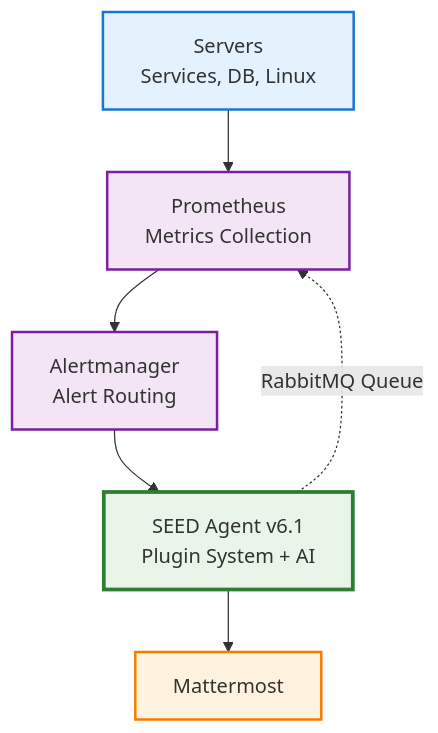
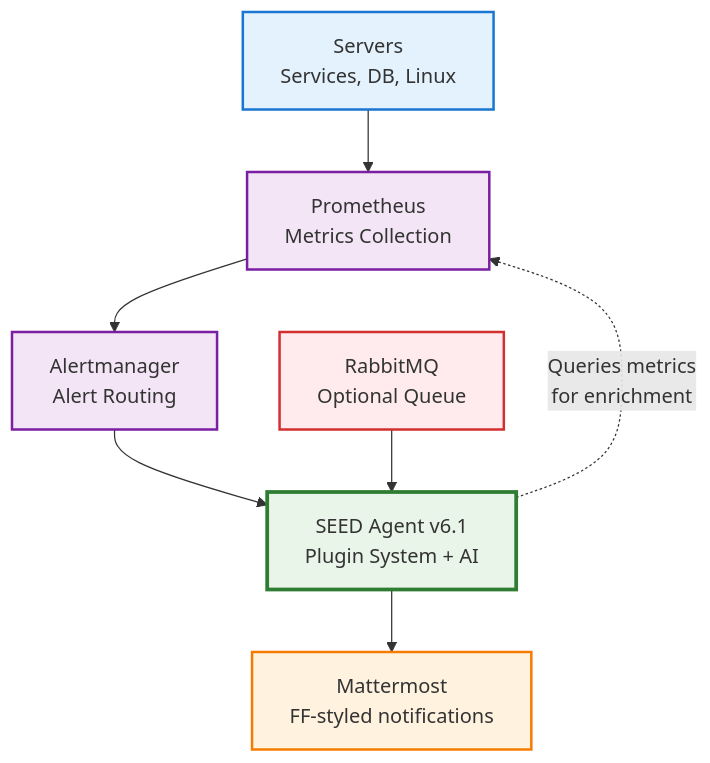
One commit to Genacvali/seed changed the first of 6 diagrams in mermaid_diagram.md. Above: the diagram before and after it, drawn with Mermaid.

````diff
--- a/mermaid_diagram.md
+++ b/mermaid_diagram.md
@@ -5,19 +5,24 @@
 ```mermaid
 flowchart TD
     A["Servers<br/>Services, DB, Linux"] --> B["Prometheus<br/>Metrics Collection"]
     B --> C["Alertmanager<br/>Alert Routing"]
     C --> D["SEED Agent v6.1<br/>Plugin System + AI"]
-    D --> E["Mattermost<br/>"]
     
-    D -.->|"RabbitMQ Queue"| B
+    F["RabbitMQ<br/>Optional Queue"] --> D
+    
+    D --> E["Mattermost<br/>FF-styled notifications"]
+    
+    D -.->|"Queries metrics<br/>for enrichment"| B
     
     classDef server fill:#e3f2fd,stroke:#1976d2,stroke-width:2px
     classDef monitor fill:#f3e5f5,stroke:#7b1fa2,stroke-width:2px  
     classDef seed fill:#e8f5e8,stroke:#2e7d32,stroke-width:3px
     classDef output fill:#fff3e0,stroke:#f57c00,stroke-width:2px
+    classDef rabbit fill:#ffebee,stroke:#d32f2f,stroke-width:2px
     
     class A server
     class B,C monitor
     class D seed
     class E output
+    class F rabbit
 ```
````
